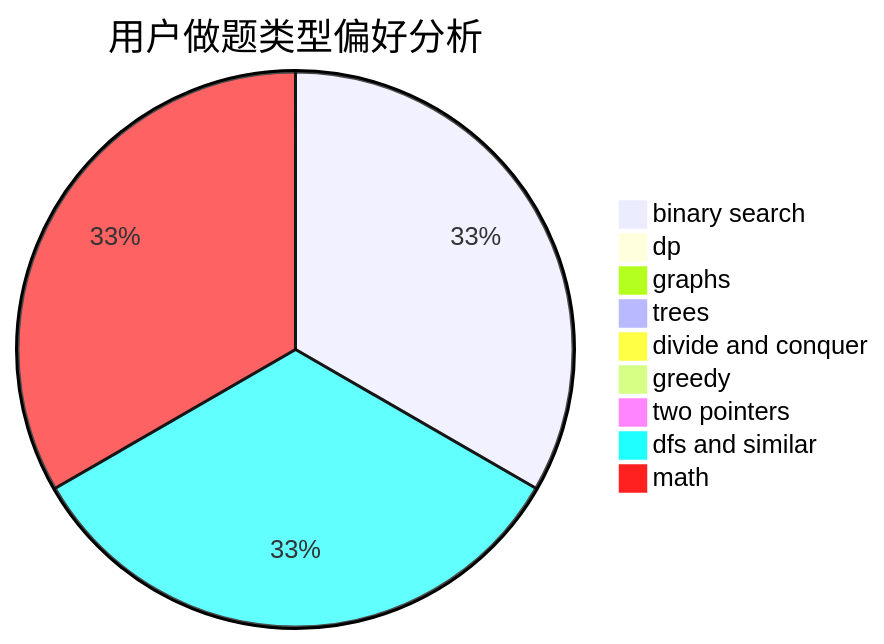
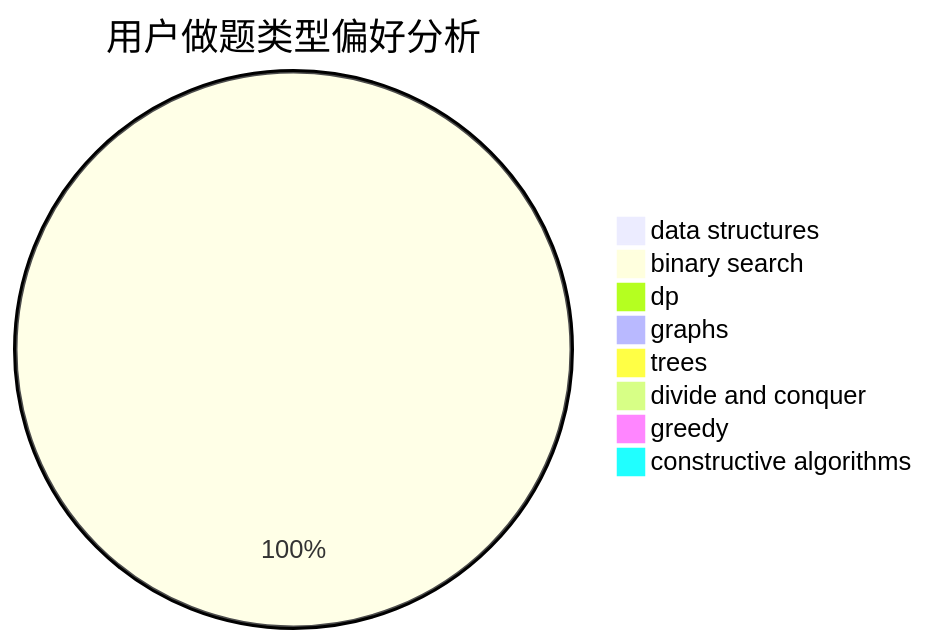
One commit to sherpahu/cfrs.github.io changed the second of 3 diagrams in docs/user/u1435.md. Above: the diagram before and after it, drawn with Mermaid. The commit also changed other lines of this file and 2775 other files, not shown here.

````diff
--- a/docs/user/u1435.md
+++ b/docs/user/u1435.md
@@ -23,12 +23,11 @@
 ```mermaid
 pie title 用户做题类型偏好分析
+    "data structures" :  0
     "binary search" :  2
     "dp" :  0
     "graphs" :  0
     "trees" :  0
     "divide and conquer" :  0
     "greedy" :  0
-    "two pointers" :  0
-    "dfs and similar" :  2
-    "math" :  2
+    "constructive algorithms" :  0
 ```
````
